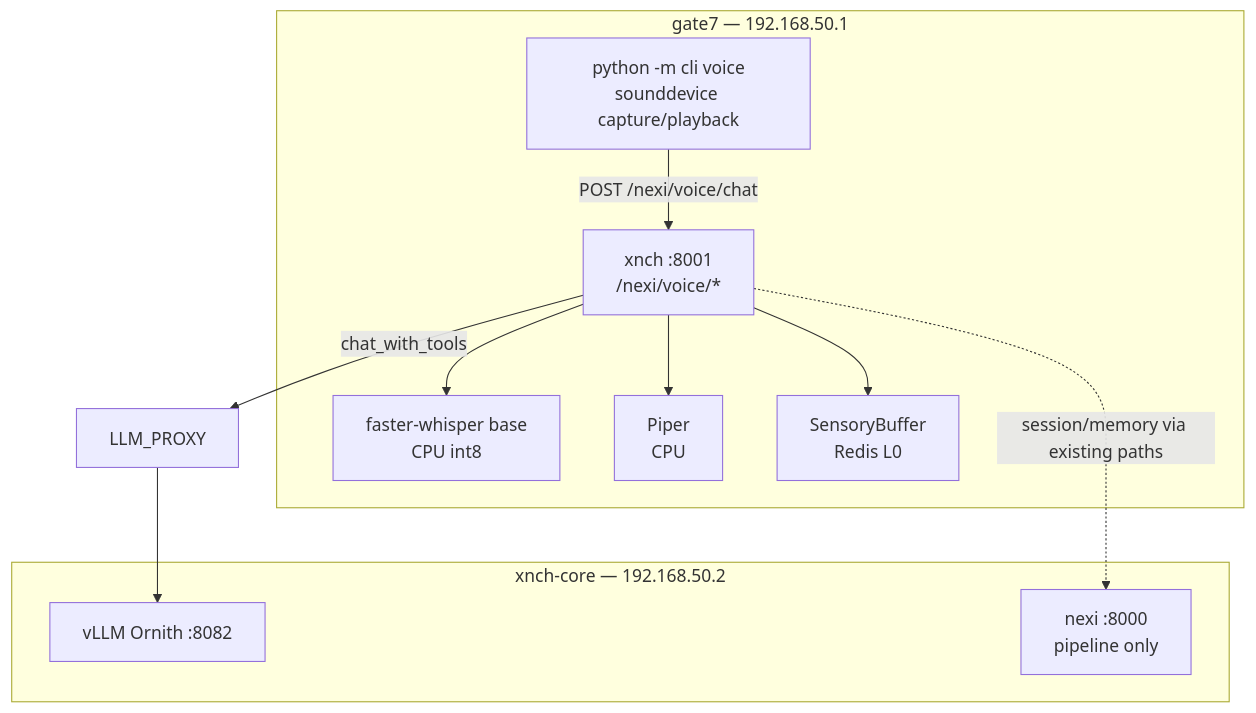
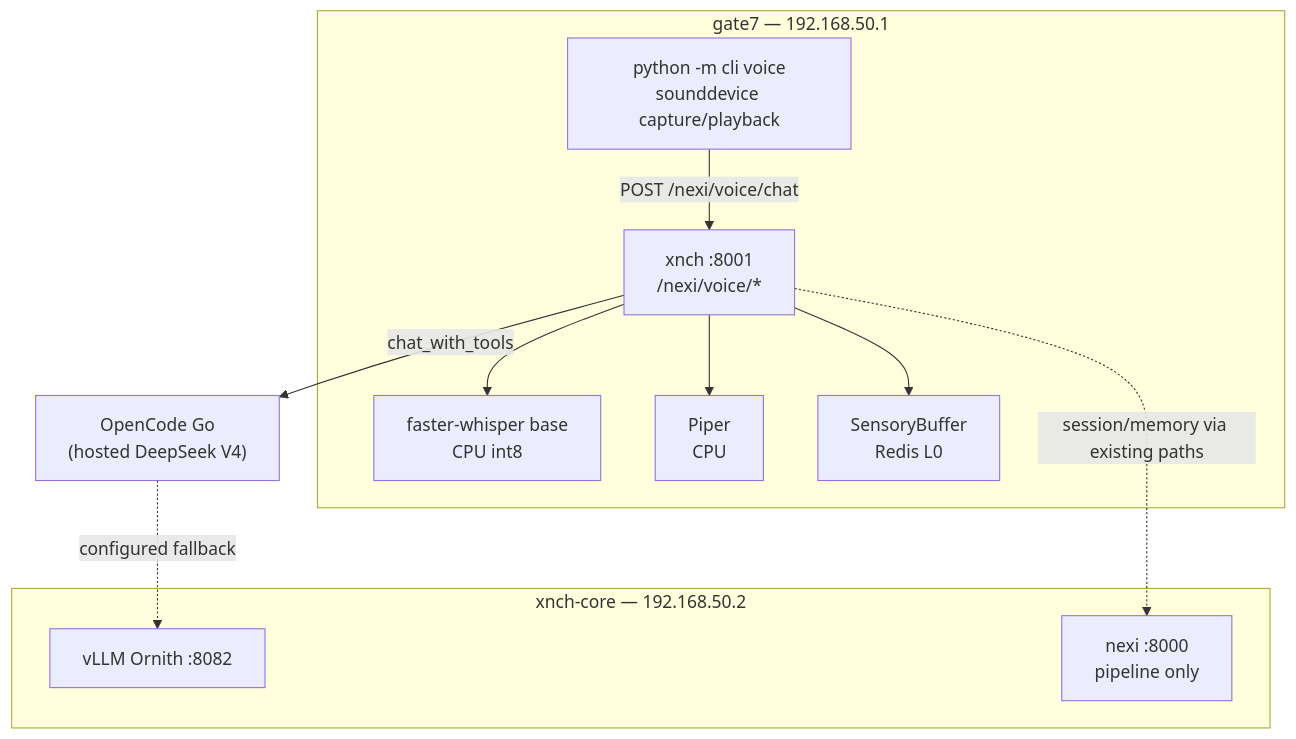
The second of 2 diagrams in docs/guides/nexi-voice-architecture.md (x-nch/xnchSystems), drawn with Mermaid before and after one commit. The commit also changed 2 other files, not shown here.

Commit message:
docs: fix dangling LLM_PROXY edges, chat-endpoint semantics, mcp-config litellm row

````diff
--- a/docs/guides/nexi-voice-architecture.md
+++ b/docs/guides/nexi-voice-architecture.md
@@ -90,23 +90,23 @@
 ```mermaid
 flowchart TB
     subgraph Gate7["gate7 — 192.168.50.1"]
         CLI["python -m cli voice<br/>sounddevice capture/playback"]
         XNCH["xnch :8001<br/>/nexi/voice/*"]
         STT["faster-whisper base<br/>CPU int8"]
         TTS["Piper<br/>CPU"]
         SB["SensoryBuffer<br/>Redis L0"]
     end
 
     subgraph NodeB["xnch-core — 192.168.50.2"]
         VLLM["vLLM Ornith :8082"]
         NEXI["nexi :8000<br/>pipeline only"]
     end
 
     CLI -->|"POST /nexi/voice/chat"| XNCH
     XNCH --> STT
     XNCH --> TTS
     XNCH --> SB
-    XNCH -->|"chat_with_tools"| LLM_PROXY
-    LLM_PROXY --> VLLM
+    XNCH -->|"chat_with_tools"| GO["OpenCode Go<br/>(hosted DeepSeek V4)"]
+    GO -.->|"configured fallback"| VLLM
     XNCH -.->|"session/memory via existing paths"| NEXI
 ```
````
